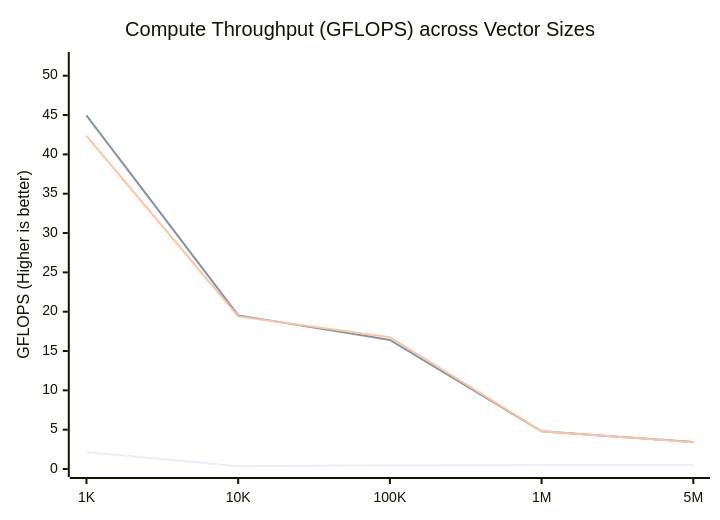
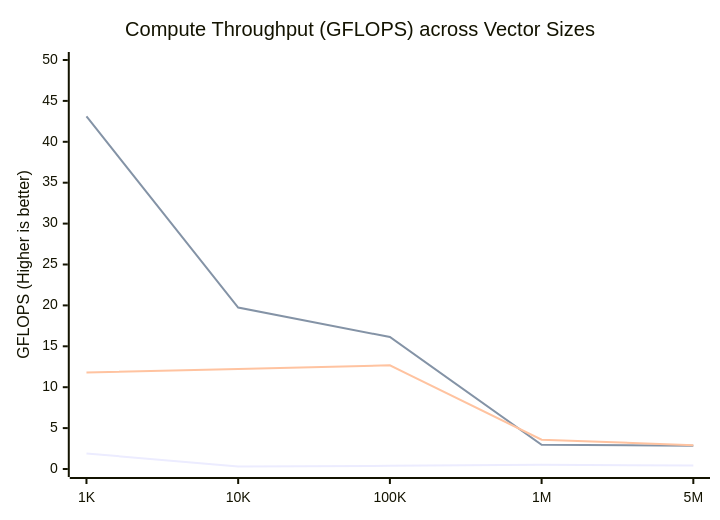
Before and after one commit to maithreyanprabhu2907-prog/Vector: the first of 2 diagrams in README.md, drawn with Mermaid. The commit also changed other lines of this file and 17 other files, not shown here.

````diff
--- a/README.md
+++ b/README.md
@@ -280,9 +320,9 @@
 ```mermaid
 xychart-beta
     title "Compute Throughput (GFLOPS) across Vector Sizes"
     x-axis ["1K", "10K", "100K", "1M", "5M"]
-    y-axis "GFLOPS (Higher is better)" 0 --> 52
-    line [2.14, 0.36, 0.48, 0.51, 0.52]
-    line [44.95, 19.53, 16.41, 4.80, 3.42]
-    line [42.35, 19.40, 16.77, 4.81, 3.41]
+    y-axis "GFLOPS (Higher is better)" 0 --> 50
+    line [1.90, 0.31, 0.39, 0.51, 0.44]
+    line [43.12, 19.74, 16.13, 2.97, 2.84]
+    line [11.80, 12.24, 12.67, 3.59, 2.91]
 ```
````
